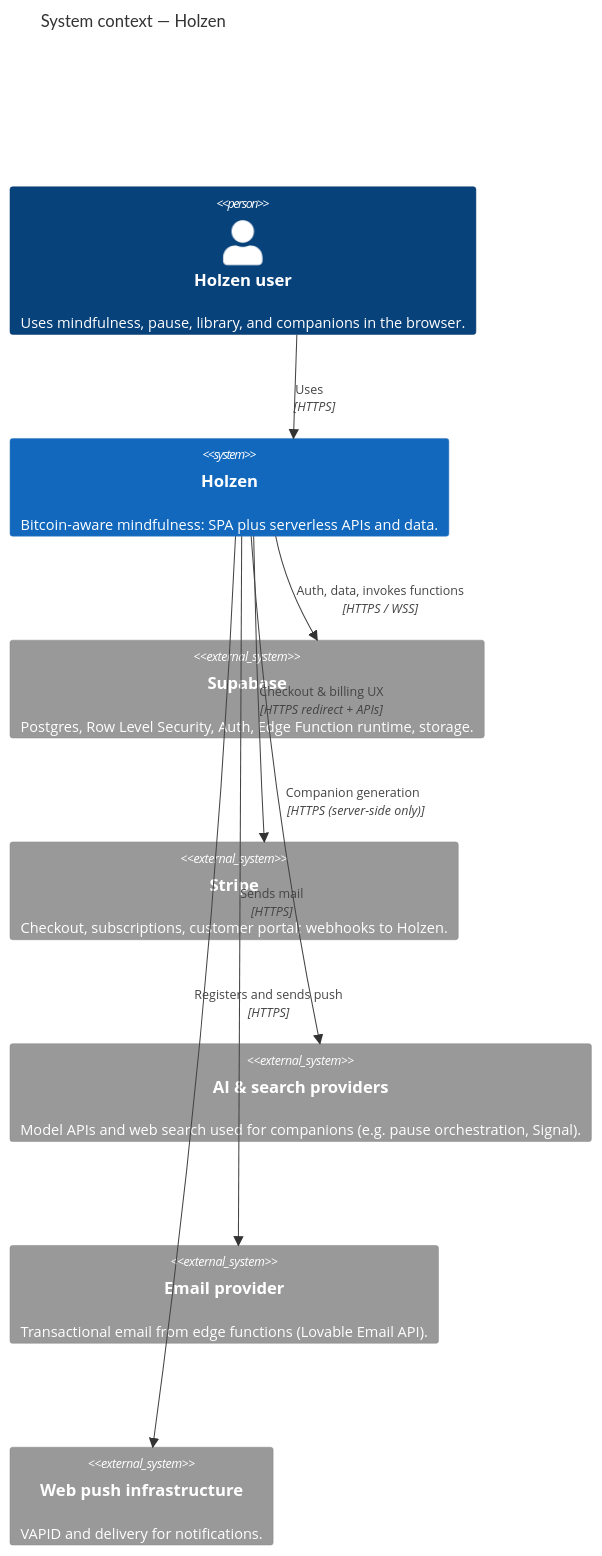
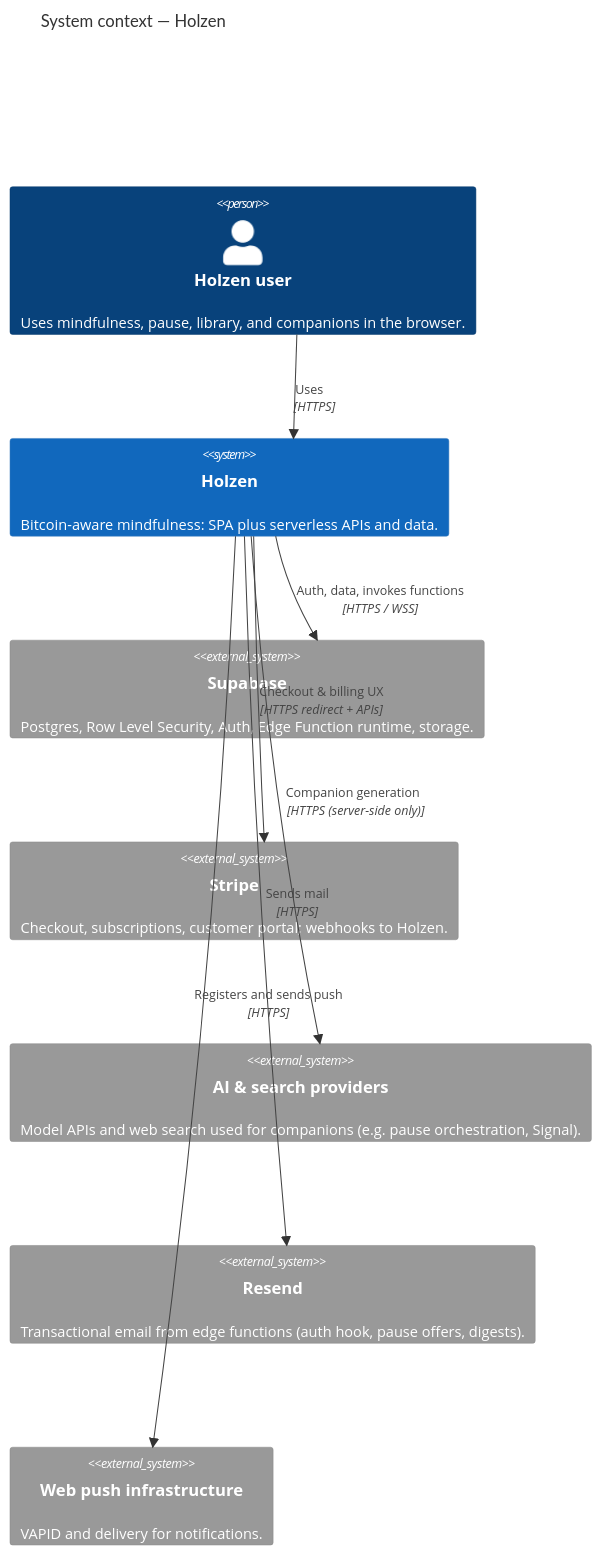
The first of 2 diagrams in docs/architecture/c4-holzen.md (Angelguirao/holzen), drawn with Mermaid before and after one commit. The commit also changed 33 other files, not shown here.

````diff
--- a/docs/architecture/c4-holzen.md
+++ b/docs/architecture/c4-holzen.md
@@ -15,23 +15,23 @@
 ```mermaid
 C4Context
 title System context — Holzen
 
 Person(user, "Holzen user", "Uses mindfulness, pause, library, and companions in the browser.")
 
 System(holzen, "Holzen", "Bitcoin-aware mindfulness: SPA plus serverless APIs and data.")
 
 System_Ext(supabase, "Supabase", "Postgres, Row Level Security, Auth, Edge Function runtime, storage.")
 System_Ext(stripe, "Stripe", "Checkout, subscriptions, customer portal; webhooks to Holzen.")
 System_Ext(ai, "AI & search providers", "Model APIs and web search used for companions (e.g. pause orchestration, Signal).")
-System_Ext(email, "Email provider", "Transactional email from edge functions (Lovable Email API).")
+System_Ext(email, "Resend", "Transactional email from edge functions (auth hook, pause offers, digests).")
 System_Ext(push, "Web push infrastructure", "VAPID and delivery for notifications.")
 
 Rel(user, holzen, "Uses", "HTTPS")
 Rel(holzen, supabase, "Auth, data, invokes functions", "HTTPS / WSS")
 Rel(holzen, stripe, "Checkout & billing UX", "HTTPS redirect + APIs")
 Rel(holzen, ai, "Companion generation", "HTTPS (server-side only)")
 Rel(holzen, email, "Sends mail", "HTTPS")
 Rel(holzen, push, "Registers and sends push", "HTTPS")
 
 UpdateLayoutConfig($c4ShapeInRow="3", $c4BoundaryInRow="1")
 ```
````
